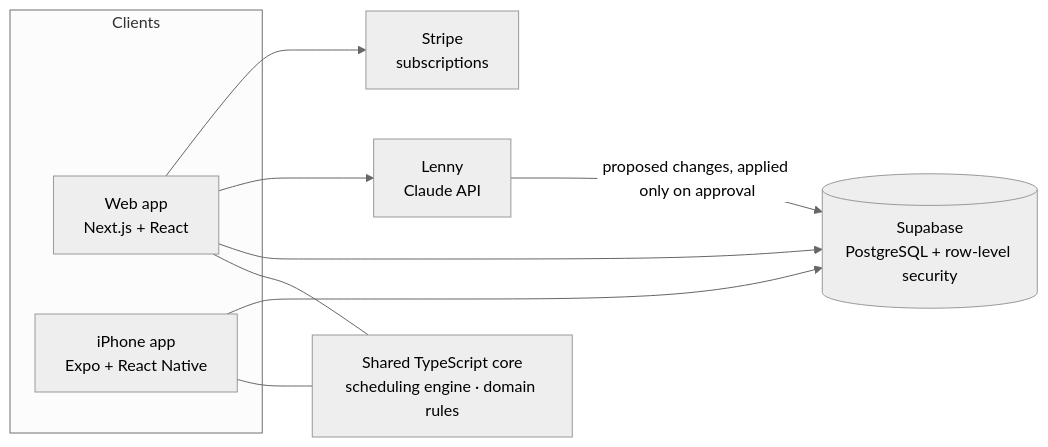
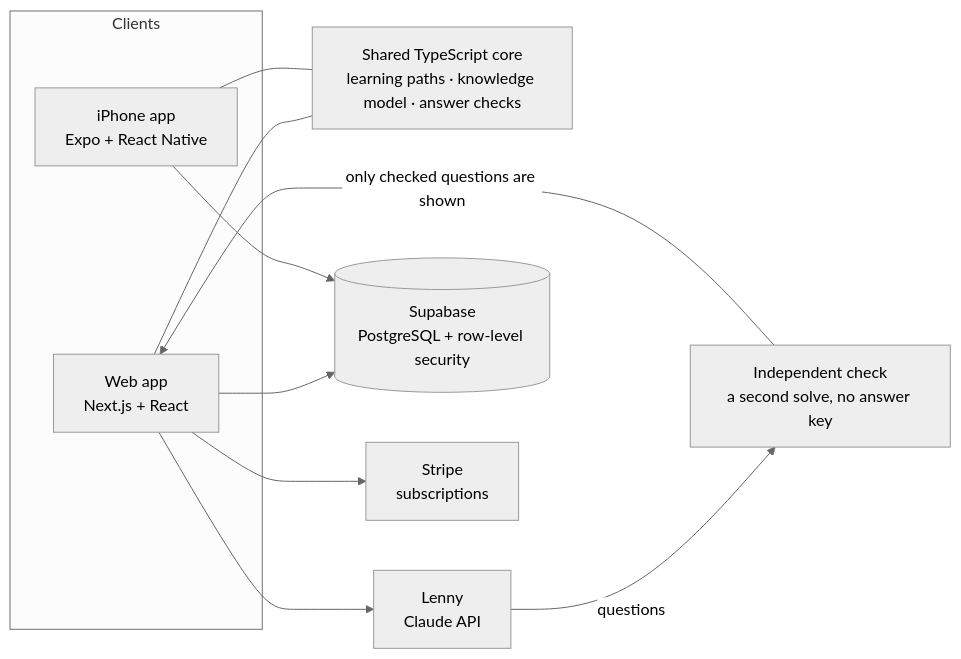
One commit to leonardcheehj-sudo/consistency-app changed the diagram in README.md. Above: the diagram before and after it, drawn with Mermaid (neutral theme). The commit also changed other lines of this file and 4 other files, not shown here.

````diff
--- a/README.md
+++ b/README.md
@@ -43,18 +43,20 @@
 ```mermaid
 flowchart LR
   subgraph Clients
     W[Web app<br/>Next.js + React]
     P[iPhone app<br/>Expo + React Native]
   end
-  C[Shared TypeScript core<br/>scheduling engine · domain rules]
+  C[Shared TypeScript core<br/>learning paths · knowledge model · answer checks]
   A[Lenny<br/>Claude API]
+  V[Independent check<br/>a second solve, no answer key]
   S[(Supabase<br/>PostgreSQL + row-level security)]
   B[Stripe<br/>subscriptions]
   W --- C
   P --- C
+  W --> A
+  A -->|questions| V
+  V -->|only checked questions are shown| W
   W --> S
   P --> S
-  W --> A
-  A -->|proposed changes, applied only on approval| S
   W --> B
 ```
````
